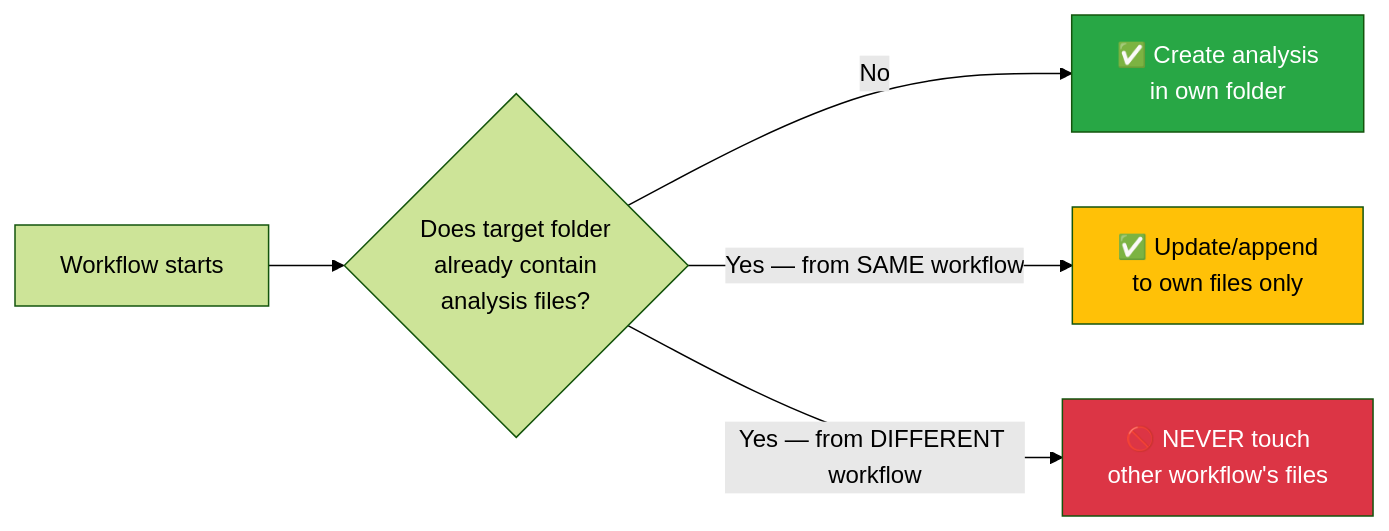
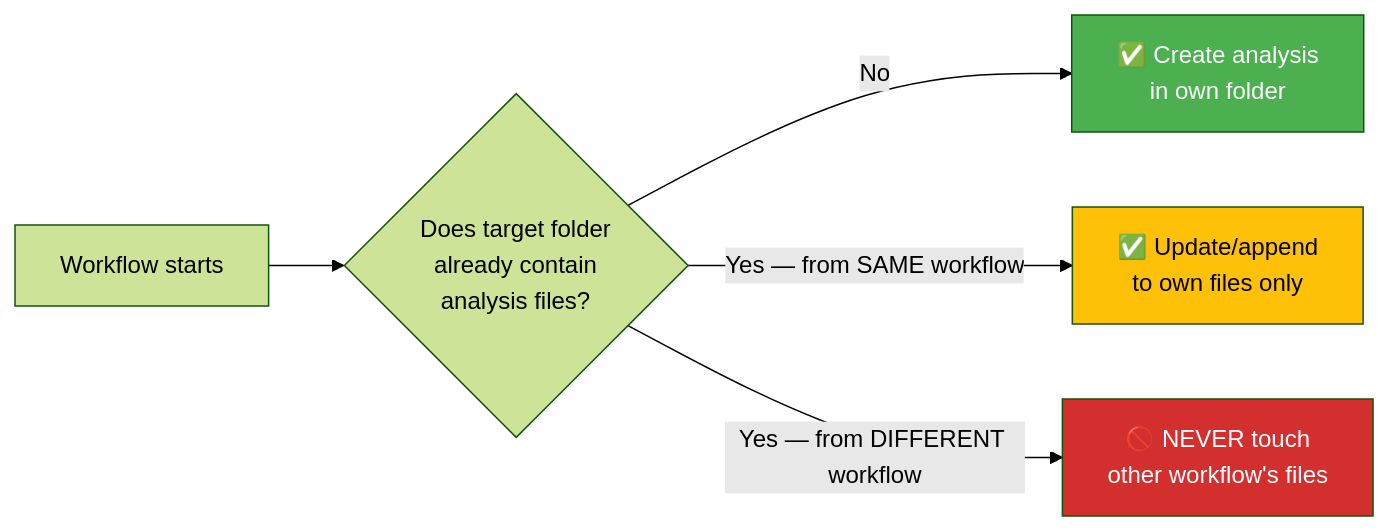
Before and after one commit to Hack23/riksdagsmonitor: the first of 7 diagrams in analysis/README.md, drawn with Mermaid (forest theme). The commit also changed other lines of this file and 785 other files, not shown here.

First line of the commit message:
Normalize mermaid colors across 786 analysis artifacts to ISMS Style Guide palette

````diff
--- a/analysis/README.md
+++ b/analysis/README.md
@@ -133,11 +133,11 @@
 ```mermaid
 flowchart LR
     A["Workflow starts"] --> B{"Does target folder<br/>already contain<br/>analysis files?"}
     B -->|"No"| C["✅ Create analysis<br/>in own folder"]
     B -->|"Yes — from SAME workflow"| D["✅ Update/append<br/>to own files only"]
     B -->|"Yes — from DIFFERENT workflow"| E["🚫 NEVER touch<br/>other workflow's files"]
 
-    style C fill:#28a745,color:#fff
-    style D fill:#ffc107,color:#000
-    style E fill:#dc3545,color:#fff
+    style C fill:#4CAF50,color:#FFFFFF
+    style D fill:#FFC107,color:#000000
+    style E fill:#D32F2F,color:#FFFFFF
 ```
````
